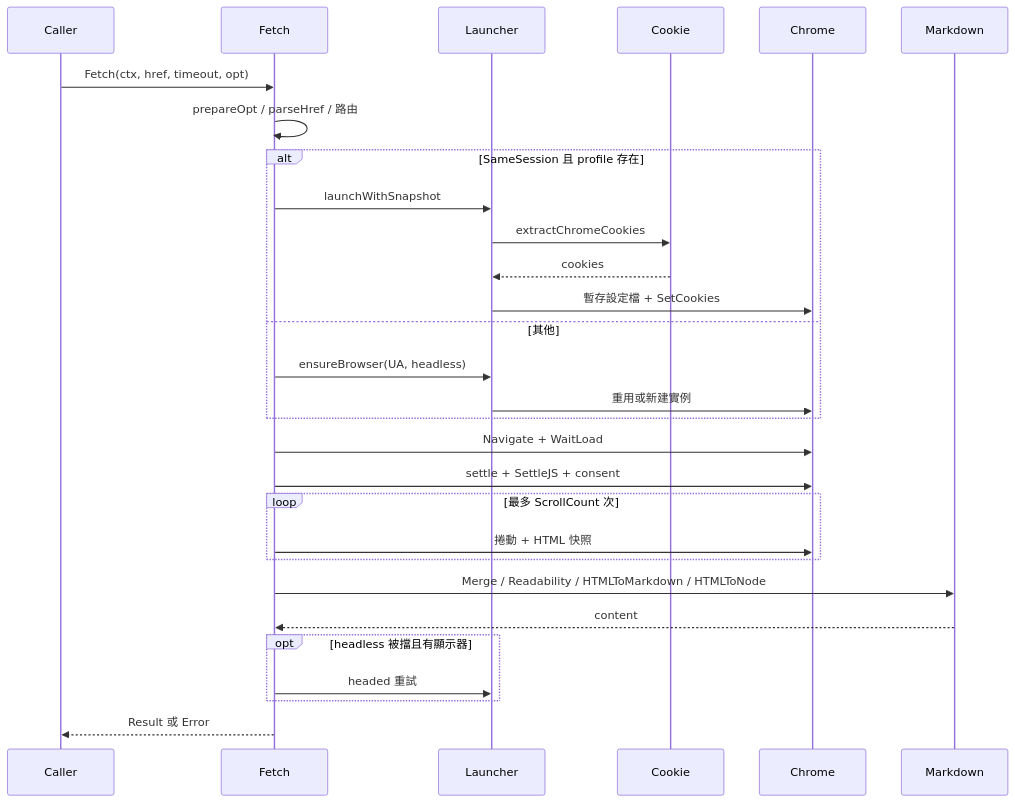
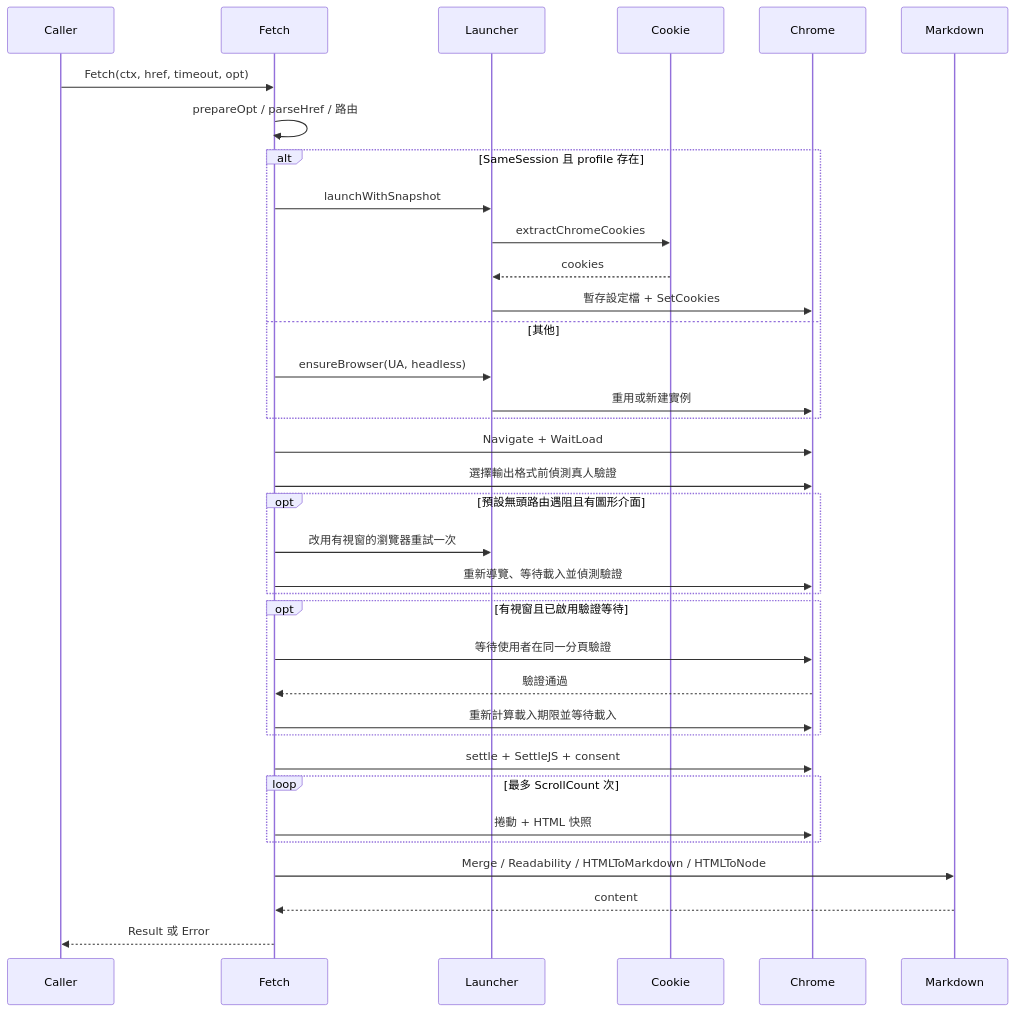
One commit to pardnchiu/go-browser changed the seventh of 8 diagrams in doc/architecture.zh.md. Above: the diagram before and after it, drawn with Mermaid. The commit also changed other lines of this file and 65 other files, not shown here.

````diff
--- a/doc/architecture.zh.md
+++ b/doc/architecture.zh.md
@@ -154,31 +161,38 @@
 ```mermaid
 sequenceDiagram
     participant Caller
     participant Fetch
     participant Launcher
     participant Cookie
     participant Chrome
     participant Markdown
     Caller->>Fetch: Fetch(ctx, href, timeout, opt)
     Fetch->>Fetch: prepareOpt / parseHref / 路由
     alt SameSession 且 profile 存在
         Fetch->>Launcher: launchWithSnapshot
         Launcher->>Cookie: extractChromeCookies
         Cookie-->>Launcher: cookies
         Launcher->>Chrome: 暫存設定檔 + SetCookies
     else 其他
         Fetch->>Launcher: ensureBrowser(UA, headless)
         Launcher->>Chrome: 重用或新建實例
     end
     Fetch->>Chrome: Navigate + WaitLoad
+    Fetch->>Chrome: 選擇輸出格式前偵測真人驗證
+    opt 預設無頭路由遇阻且有圖形介面
+        Fetch->>Launcher: 改用有視窗的瀏覽器重試一次
+        Fetch->>Chrome: 重新導覽、等待載入並偵測驗證
+    end
+    opt 有視窗且已啟用驗證等待
+        Fetch->>Chrome: 等待使用者在同一分頁驗證
+        Chrome-->>Fetch: 驗證通過
+        Fetch->>Chrome: 重新計算載入期限並等待載入
+    end
     Fetch->>Chrome: settle + SettleJS + consent
     loop 最多 ScrollCount 次
         Fetch->>Chrome: 捲動 + HTML 快照
     end
     Fetch->>Markdown: Merge / Readability / HTMLToMarkdown / HTMLToNode
     Markdown-->>Fetch: content
-    opt headless 被擋且有顯示器
-        Fetch->>Launcher: headed 重試
-    end
     Fetch-->>Caller: Result 或 Error
 ```
````
